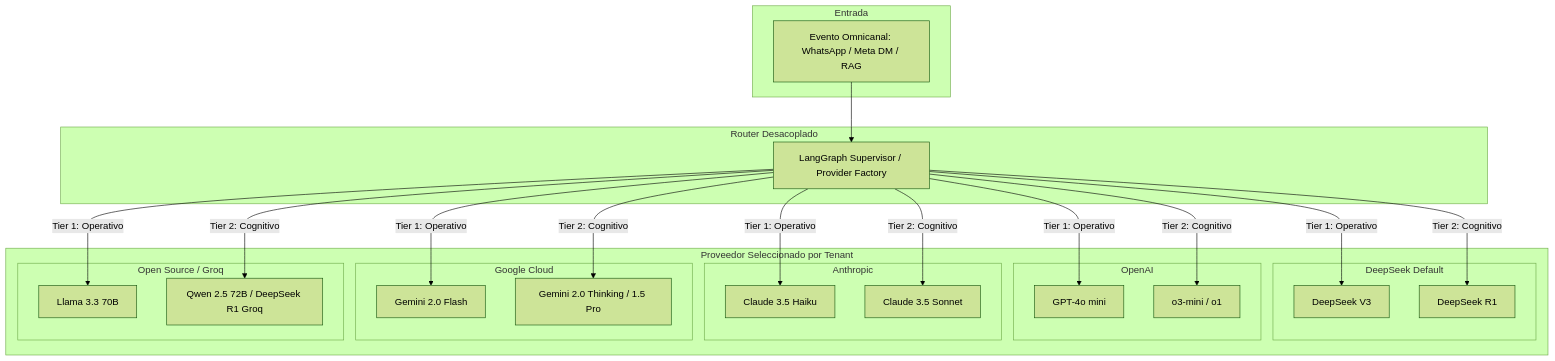
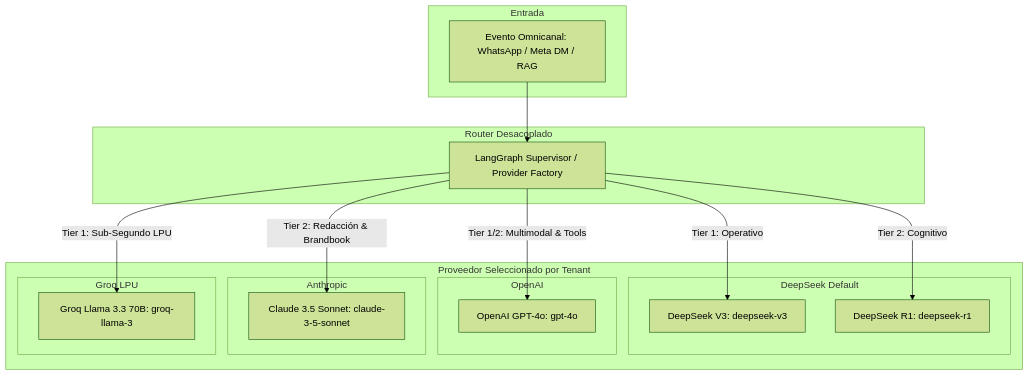
Before and after one commit to VectorInside/Vector-Community: the diagram in docs/ADR_005_UNIVERSAL_MULTI_PROVIDER_AI_TAXONOMY.md, drawn with Mermaid (forest theme). The commit also changed other lines of this file and 13 other files, not shown here.

````diff
--- a/docs/ADR_005_UNIVERSAL_MULTI_PROVIDER_AI_TAXONOMY.md
+++ b/docs/ADR_005_UNIVERSAL_MULTI_PROVIDER_AI_TAXONOMY.md
@@ -28,45 +28,33 @@
 ```mermaid
 graph TD
     subgraph Entrada
         E[Evento Omnicanal: WhatsApp / Meta DM / RAG]
     end
 
     subgraph Router Desacoplado
         R[LangGraph Supervisor / Provider Factory]
     end
 
     subgraph Proveedor Seleccionado por Tenant
         subgraph DeepSeek Default
-            D1[DeepSeek V3]
-            D2[DeepSeek R1]
+            D1[DeepSeek V3: deepseek-v3]
+            D2[DeepSeek R1: deepseek-r1]
         end
         subgraph OpenAI
-            O1[GPT-4o mini]
-            O2[o3-mini / o1]
+            O1[OpenAI GPT-4o: gpt-4o]
         end
         subgraph Anthropic
-            A1[Claude 3.5 Haiku]
-            A2[Claude 3.5 Sonnet]
+            A2[Claude 3.5 Sonnet: claude-3-5-sonnet]
         end
-        subgraph Google Cloud
-            G1[Gemini 2.0 Flash]
-            G2[Gemini 2.0 Thinking / 1.5 Pro]
-        end
-        subgraph Open Source / Groq
-            Q1[Llama 3.3 70B]
-            Q2[Qwen 2.5 72B / DeepSeek R1 Groq]
+        subgraph Groq LPU
+            Q1[Groq Llama 3.3 70B: groq-llama-3]
         end
     end
 
     E --> R
     R -->|Tier 1: Operativo| D1
     R -->|Tier 2: Cognitivo| D2
-    R -->|Tier 1: Operativo| O1
-    R -->|Tier 2: Cognitivo| O2
-    R -->|Tier 1: Operativo| A1
-    R -->|Tier 2: Cognitivo| A2
-    R -->|Tier 1: Operativo| G1
-    R -->|Tier 2: Cognitivo| G2
-    R -->|Tier 1: Operativo| Q1
-    R -->|Tier 2: Cognitivo| Q2
+    R -->|Tier 1/2: Multimodal & Tools| O1
+    R -->|Tier 2: Redacción & Brandbook| A2
+    R -->|Tier 1: Sub-Segundo LPU| Q1
 ```
````
